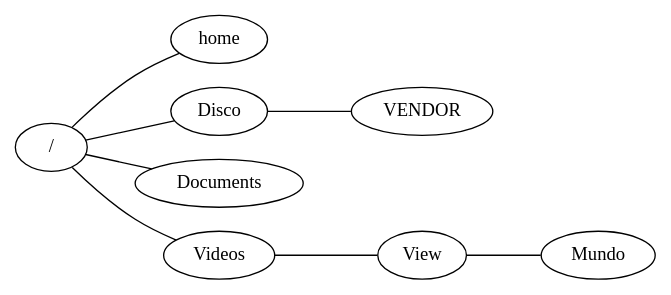
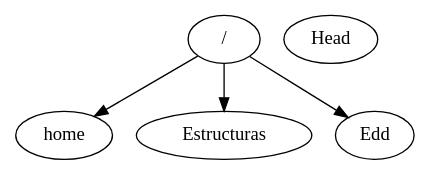
The diagram in Grafo.dot (EdsonArmando/EDD_2S2019_PY2_201701029), drawn with Graphviz before and after one commit. The commit also changed 64 other files, not shown here.

```diff
--- a/Grafo.dot
+++ b/Grafo.dot
@@ -1,11 +1,7 @@
-graph {
-    rankdir=LR;
-"/" -- { "home"  "Disco"  "Documents"  "Videos" };
-"Disco" -- { "VENDOR" };
-"Documents" -- {};
-"Videos" -- { "View" };
-"VENDOR" -- {};
-"View" -- { "Mundo" };
-"Mundo" -- {};
+digraph  {
+"/" -> { "home"  "Estructuras"  "Edd" };
+"Estructuras" -> {};
+"Edd" -> {};
+"Head" -> {};
 
 }
```
